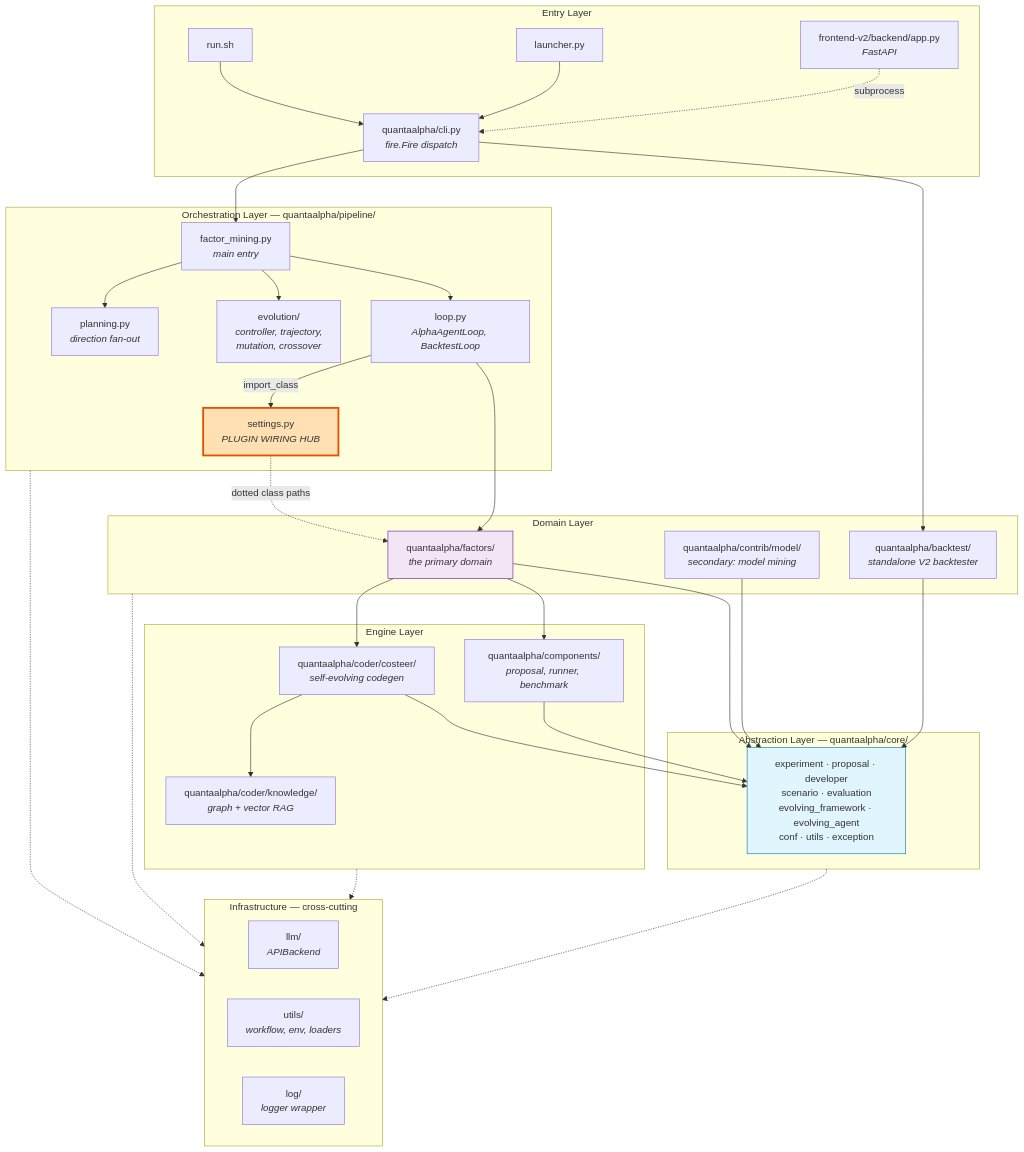
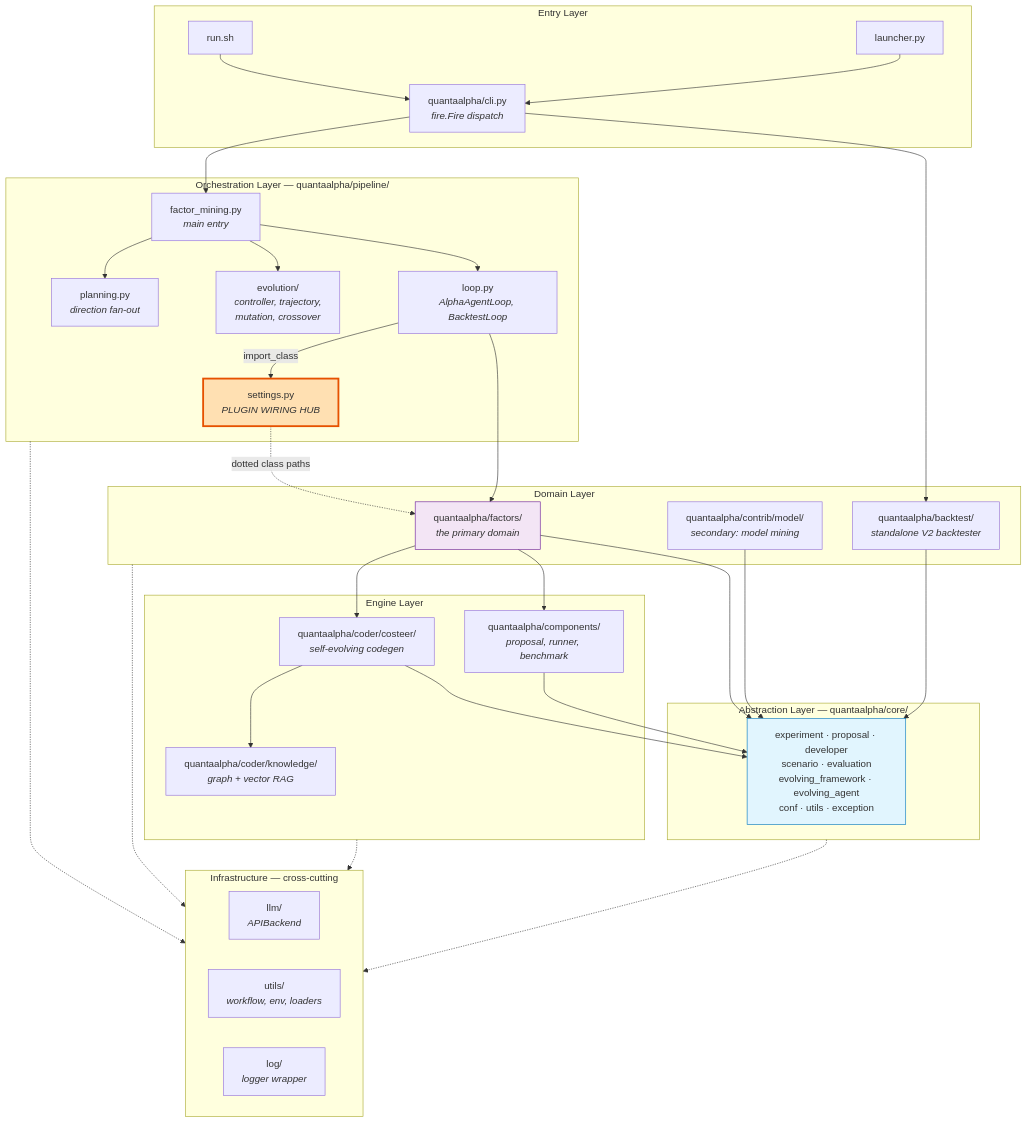
Before and after one commit to ishmam02/QuantaAlpha: the first of 16 diagrams in Get_Started.md, drawn with Mermaid. The commit also changed other lines of this file and 11 other files, not shown here.

````diff
--- a/Get_Started.md
+++ b/Get_Started.md
@@ -129,68 +142,66 @@
 ```mermaid
 graph TD
     subgraph ENTRY["Entry Layer"]
         L["launcher.py"]
         CLI["quantaalpha/cli.py<br/><i>fire.Fire dispatch</i>"]
         RUN["run.sh"]
-        FE["frontend-v2/backend/app.py<br/><i>FastAPI</i>"]
     end
 
     subgraph ORCH["Orchestration Layer — quantaalpha/pipeline/"]
         FM["factor_mining.py<br/><i>main entry</i>"]
         LOOP["loop.py<br/><i>AlphaAgentLoop, BacktestLoop</i>"]
         SET["settings.py<br/><i>PLUGIN WIRING HUB</i>"]
         PLAN["planning.py<br/><i>direction fan-out</i>"]
         EVO["evolution/<br/><i>controller, trajectory,<br/>mutation, crossover</i>"]
     end
 
     subgraph DOMAIN["Domain Layer"]
         FACT["quantaalpha/factors/<br/><i>the primary domain</i>"]
         CONTRIB["quantaalpha/contrib/model/<br/><i>secondary: model mining</i>"]
         BT["quantaalpha/backtest/<br/><i>standalone V2 backtester</i>"]
     end
 
     subgraph ENGINE["Engine Layer"]
         COSTEER["quantaalpha/coder/costeer/<br/><i>self-evolving codegen</i>"]
         KNOW["quantaalpha/coder/knowledge/<br/><i>graph + vector RAG</i>"]
         COMP["quantaalpha/components/<br/><i>proposal, runner, benchmark</i>"]
     end
 
     subgraph CORE["Abstraction Layer — quantaalpha/core/"]
         ABS["experiment · proposal · developer<br/>scenario · evaluation<br/>evolving_framework · evolving_agent<br/>conf · utils · exception"]
     end
 
     subgraph INFRA["Infrastructure — cross-cutting"]
         LLM["llm/<br/><i>APIBackend</i>"]
         UTILS["utils/<br/><i>workflow, env, loaders</i>"]
         LOG["log/<br/><i>logger wrapper</i>"]
     end
 
     RUN --> CLI
     L --> CLI
-    FE -.->|"subprocess"| CLI
     CLI --> FM
     FM --> LOOP
     FM --> PLAN
     FM --> EVO
     LOOP -->|"import_class"| SET
     SET -.->|"dotted class paths"| FACT
     LOOP --> FACT
     FACT --> COSTEER
     FACT --> COMP
     COSTEER --> KNOW
     COSTEER --> ABS
     COMP --> ABS
     FACT --> ABS
     CONTRIB --> ABS
     CLI --> BT
     BT --> ABS
 
     ORCH -.-> INFRA
     DOMAIN -.-> INFRA
     ENGINE -.-> INFRA
     CORE -.-> INFRA
 
     style SET fill:#ffe0b2,stroke:#e65100,stroke-width:3px
     style ABS fill:#e1f5fe,stroke:#0277bd
     style FACT fill:#f3e5f5,stroke:#6a1b9a
 ```
````
